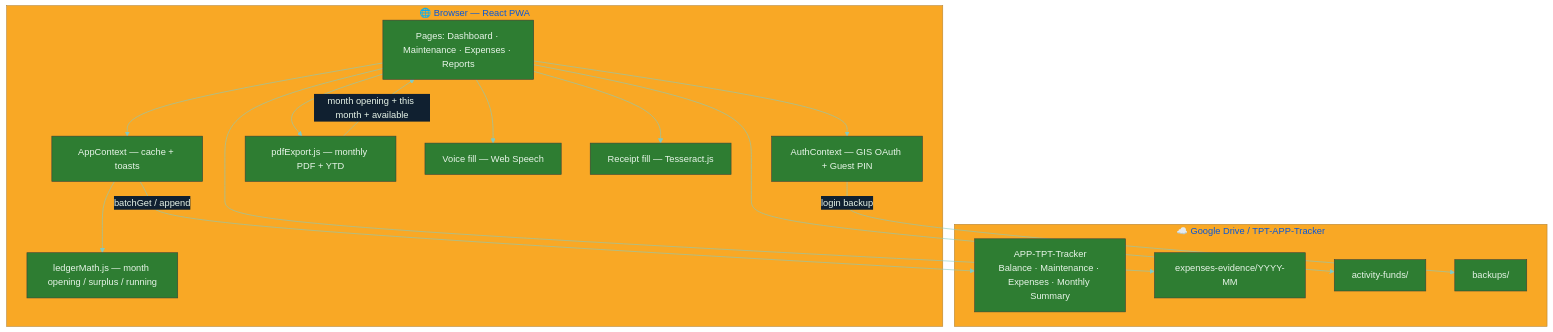
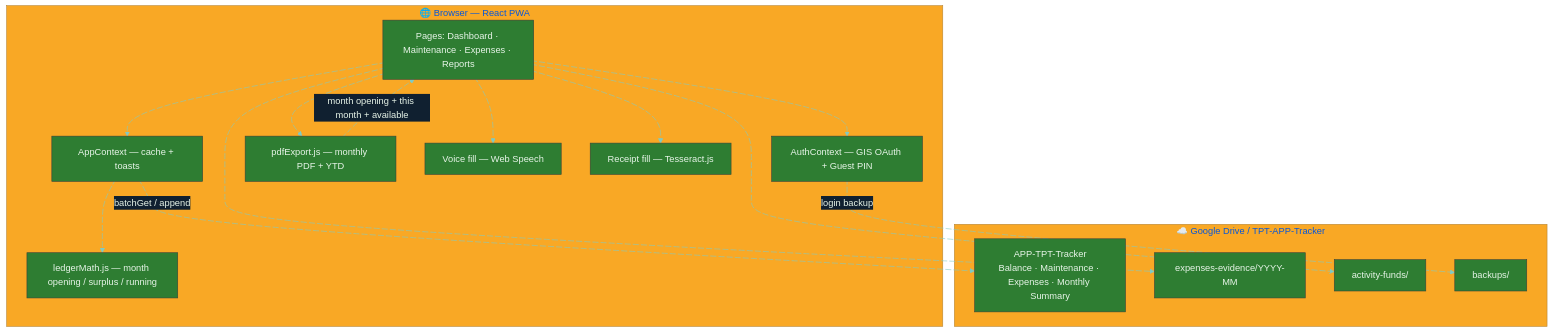
One commit to theprideoftirumala/AppartmentApp changed the first of 7 diagrams in Architecture.md. Above: the diagram before and after it, drawn with Mermaid. The commit also changed other lines of this file and 7 other files, not shown here.

````diff
--- a/Architecture.md
+++ b/Architecture.md
@@ -13,32 +15,44 @@
 ```mermaid
 %%{init: {'theme': 'base', 'themeVariables': {'primaryColor': '#2e7d32', 'secondaryColor': '#1565c0', 'tertiaryColor': '#f9a825', 'background': '#0b1220', 'primaryTextColor': '#e8f5e9', 'lineColor': '#80cbc4', 'edgeLabelBackground': '#102030'}}}%%
 flowchart TB
     subgraph Browser["🌐 Browser — React PWA"]
         UI["Pages: Dashboard · Maintenance · Expenses · Reports"]
         AUTH["AuthContext — GIS OAuth + Guest PIN"]
         APP["AppContext — cache + toasts"]
         MATH["ledgerMath.js — month opening / surplus / running"]
         PDF["pdfExport.js — monthly PDF + YTD"]
         VOICE["Voice fill — Web Speech"]
         OCR["Receipt fill — Tesseract.js"]
     end
 
     subgraph Drive["☁️ Google Drive / TPT-APP-Tracker"]
         SHEET["APP-TPT-Tracker<br/>Balance · Maintenance · Expenses · Monthly Summary"]
         EVID["expenses-evidence/YYYY-MM"]
         ACT["activity-funds/"]
         BAK["backups/"]
     end
 
-    UI --> AUTH
-    UI --> APP
-    APP --> MATH
-    UI --> PDF
-    UI --> VOICE
-    UI --> OCR
-    APP -->|"batchGet / append"| SHEET
-    PDF -->|"month opening + this month + available"| UI
-    UI --> EVID
-    UI --> ACT
-    AUTH -->|"login backup"| BAK
+    UI e1@--> AUTH
+    UI e2@--> APP
+    APP e3@--> MATH
+    UI e4@--> PDF
+    UI e5@--> VOICE
+    UI e6@--> OCR
+    APP e7@-->|"batchGet / append"| SHEET
+    PDF e8@-->|"month opening + this month + available"| UI
+    UI e9@--> EVID
+    UI e10@--> ACT
+    AUTH e11@-->|"login backup"| BAK
+
+    e1@{ animation: slow }
+    e2@{ animation: slow }
+    e3@{ animation: slow }
+    e4@{ animation: slow }
+    e5@{ animation: fast }
+    e6@{ animation: fast }
+    e7@{ animation: fast }
+    e8@{ animation: slow }
+    e9@{ animation: fast }
+    e10@{ animation: fast }
+    e11@{ animation: fast }
 ```
````
